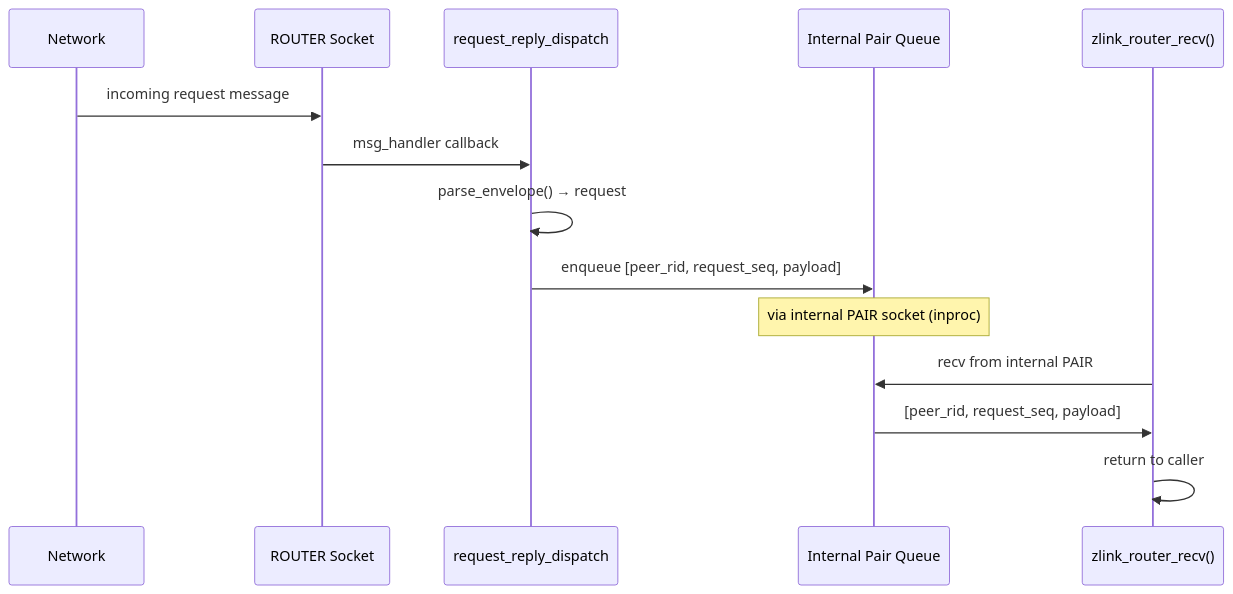
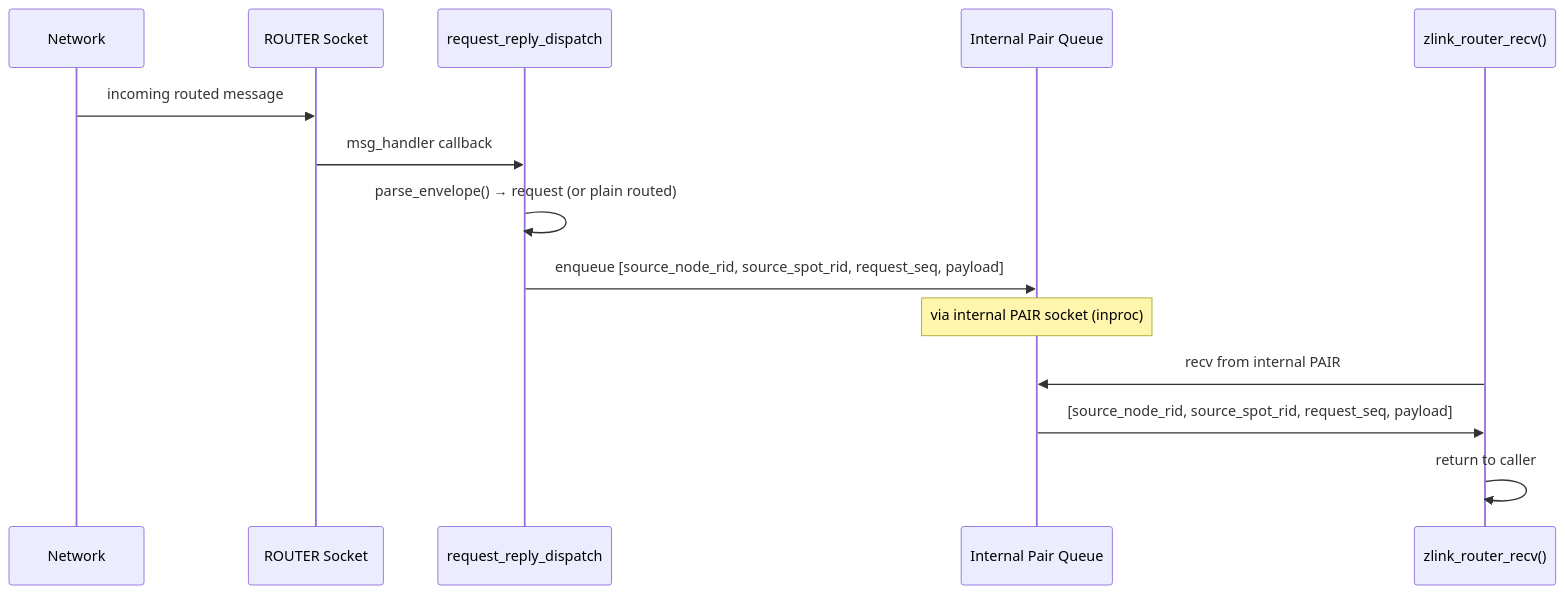
Before and after one commit to kairos-code-dev/zlink: the tenth of 14 diagrams in doc/internals/services-internals.md, drawn with Mermaid. The commit also changed other lines of this file and 624 other files, not shown here.

````diff
--- a/doc/internals/services-internals.md
+++ b/doc/internals/services-internals.md
@@ -532,18 +527,18 @@
 ```mermaid
 sequenceDiagram
     participant Net as Network
     participant Socket as ROUTER Socket
     participant Dispatch as request_reply_dispatch
     participant Queue as Internal Pair Queue
     participant App as zlink_router_recv()
 
-    Net->>Socket: incoming request message
+    Net->>Socket: incoming routed message
     Socket->>Dispatch: msg_handler callback
-    Dispatch->>Dispatch: parse_envelope() → request
-    Dispatch->>Queue: enqueue [peer_rid, request_seq, payload]
+    Dispatch->>Dispatch: parse_envelope() → request (or plain routed)
+    Dispatch->>Queue: enqueue [source_node_rid, source_spot_rid, request_seq, payload]
     Note over Queue: via internal PAIR socket (inproc)
 
     App->>Queue: recv from internal PAIR
-    Queue->>App: [peer_rid, request_seq, payload]
+    Queue->>App: [source_node_rid, source_spot_rid, request_seq, payload]
     App->>App: return to caller
 ```
````
